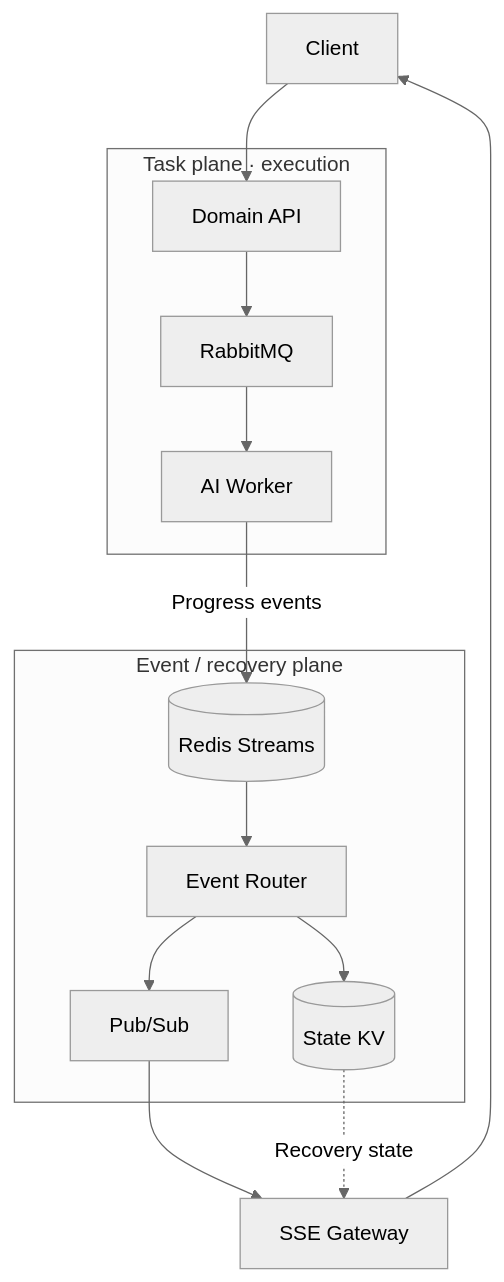
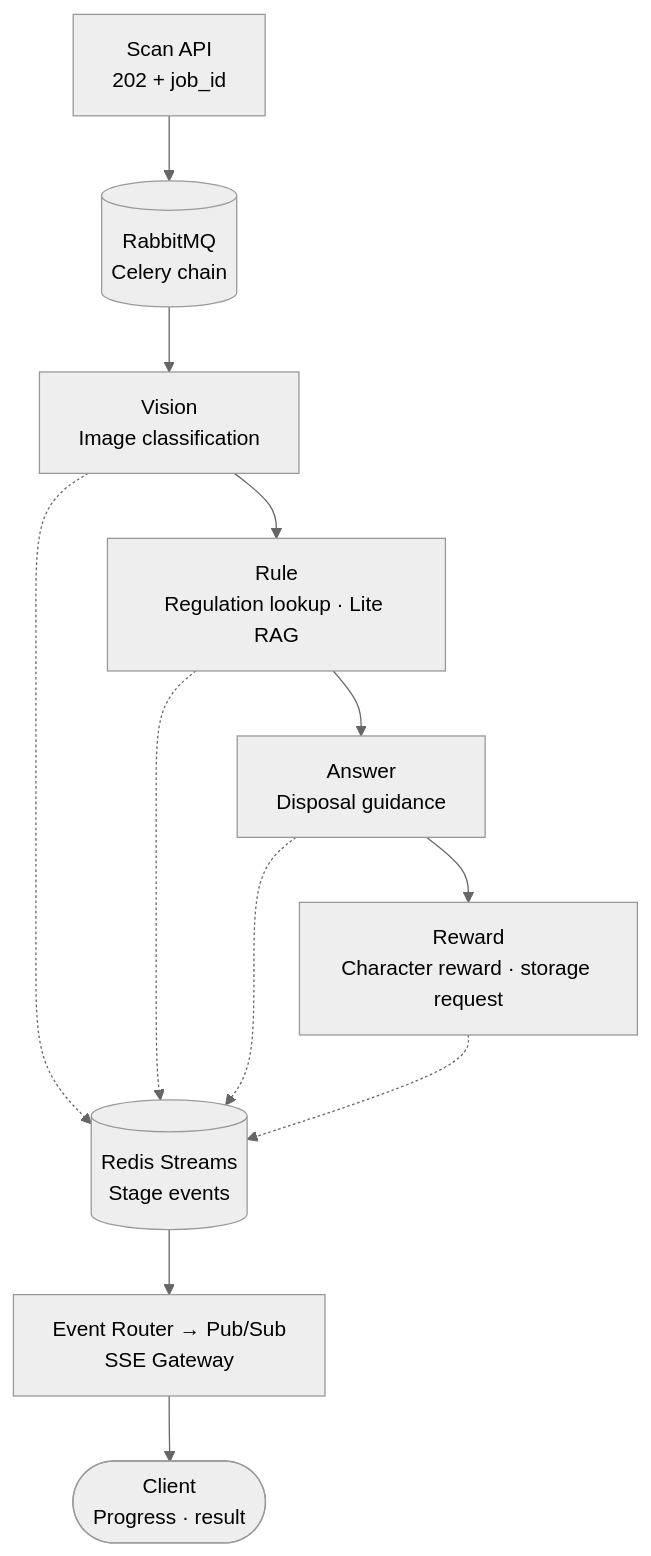
Before and after one commit to mangowhoiscloud/mangowhoiscloud: the eighth of 11 diagrams in README_EN.md, drawn with Mermaid (neutral theme). The commit also changed other lines of this file and 2 other files, not shown here.

Commit message:
docs: expand architecture views and CI ratchets (#10)

````diff
--- a/README_EN.md
+++ b/README_EN.md
@@ -134,15 +267,16 @@
 ```mermaid
 flowchart TB
-    Client["Client"] --> API["Domain API"]
-    subgraph Tasks["Task plane · execution"]
-        API --> MQ["RabbitMQ"] --> Worker["AI Worker"]
-    end
-    subgraph Events["Event / recovery plane"]
-        Streams[("Redis Streams")] --> Router["Event Router"]
-        Router --> State[("State KV")]
-        Router --> PubSub["Pub/Sub"]
-    end
-    Worker -->|Progress events| Streams
-    PubSub --> Gateway["SSE Gateway"] --> Client
-    State -.->|Recovery state| Gateway
+    accTitle: Eco² Scan task chain and event delivery
+    accDescr: The Scan API dispatches a Celery chain through Vision, Rule, Answer, and Reward. Each stage writes progress to Redis Streams. Event Router and SSE Gateway deliver these events to the client.
+    API["Scan API<br/>202 + job_id"] --> Queue[("RabbitMQ<br/>Celery chain")]
+    Queue --> Vision["Vision<br/>Image classification"]
+    Vision --> Rule["Rule<br/>Regulation lookup · Lite RAG"]
+    Rule --> Answer["Answer<br/>Disposal guidance"]
+    Answer --> Reward["Reward<br/>Character reward · storage request"]
+    Vision -.-> Events[("Redis Streams<br/>Stage events")]
+    Rule -.-> Events
+    Answer -.-> Events
+    Reward -.-> Events
+    Events --> Delivery["Event Router → Pub/Sub<br/>SSE Gateway"]
+    Delivery --> Client(["Client<br/>Progress · result"])
 ```
````
